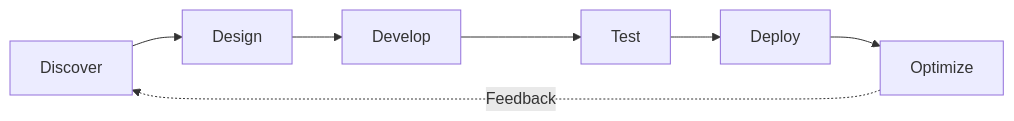
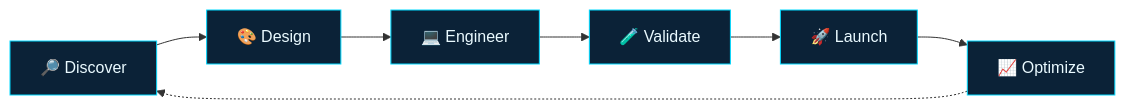
The diagram in README.md (Dignisys-IT/Dignisys-IT), drawn with Mermaid before and after one commit. The commit also changed other lines of this file, not shown here.

````diff
--- a/README.md
+++ b/README.md
@@ -72,9 +101,11 @@
 ```mermaid
 flowchart LR
-    A[Discover] --> B[Design]
-    B --> C[Develop]
-    C --> D[Test]
-    D --> E[Deploy]
-    E --> F[Optimize]
-    F -. Feedback .-> A
+    A[🔎 Discover] --> B[🎨 Design]
+    B --> C[💻 Engineer]
+    C --> D[🧪 Validate]
+    D --> E[🚀 Launch]
+    E --> F[📈 Optimize]
+    F -.-> A
+    classDef step fill:#0b2237,stroke:#00d9ff,color:#eafaff,stroke-width:1px;
+    class A,B,C,D,E,F step;
 ```
````
